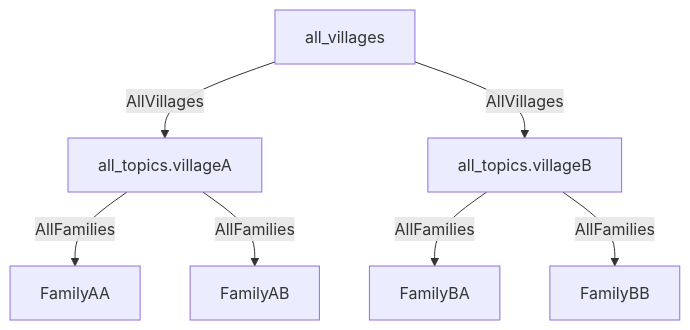
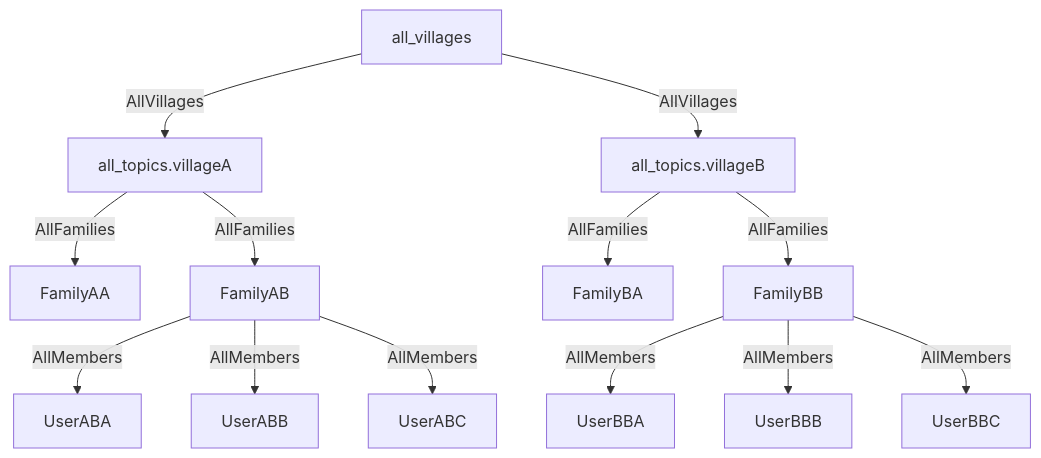
The first of 2 diagrams in ENTITIES.md (enricop/telefono-casa), drawn with Mermaid before and after one commit. The commit also changed other lines of this file and 3 other files, not shown here.

````diff
--- a/ENTITIES.md
+++ b/ENTITIES.md
@@ -6,9 +6,15 @@
 ```mermaid
-graph TD;
+graph TD;   
   all_villages --AllVillages --> all_topics.villageA
   all_topics.villageA --AllFamilies --> FamilyAA
   all_topics.villageA --AllFamilies --> FamilyAB
+  FamilyAB --AllMembers --> UserABA
+  FamilyAB --AllMembers --> UserABB
+  FamilyAB --AllMembers --> UserABC
   all_villages --AllVillages --> all_topics.villageB
   all_topics.villageB --AllFamilies --> FamilyBA
   all_topics.villageB --AllFamilies --> FamilyBB
+  FamilyBB --AllMembers --> UserBBA
+  FamilyBB --AllMembers --> UserBBB
+  FamilyBB --AllMembers --> UserBBC
 ```
````
